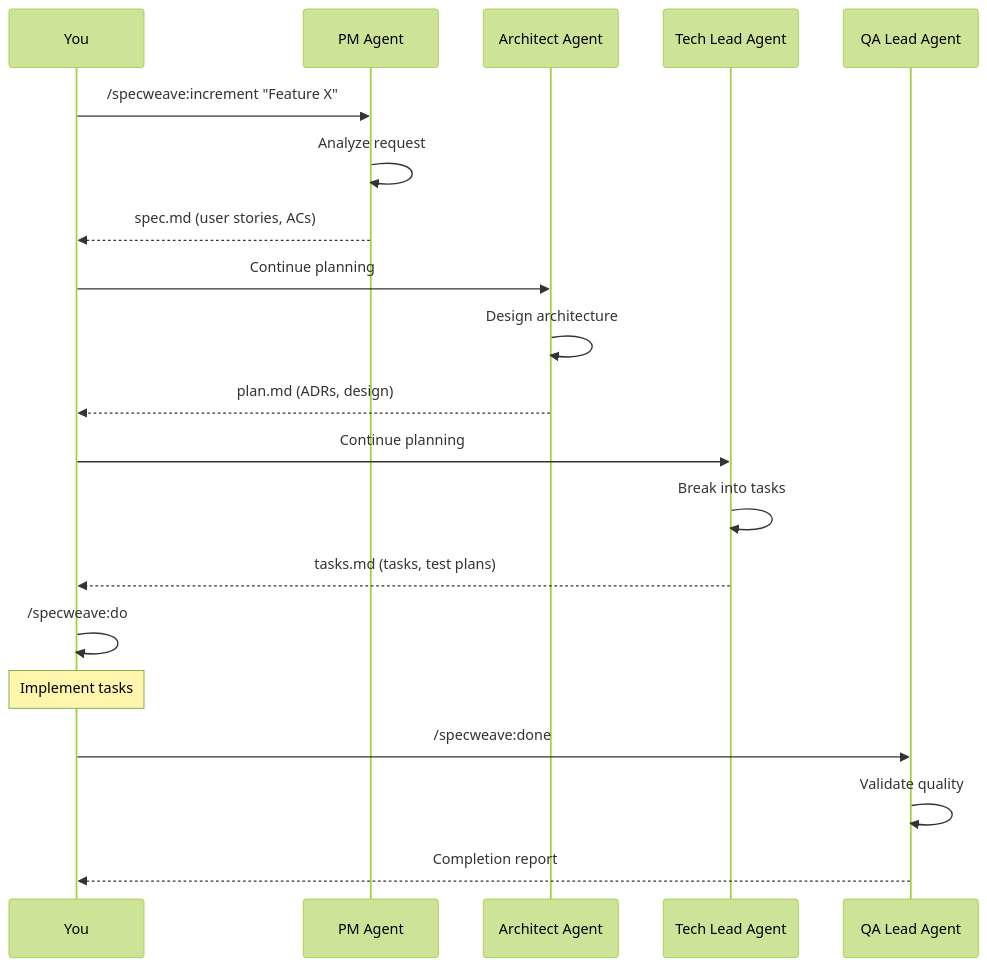
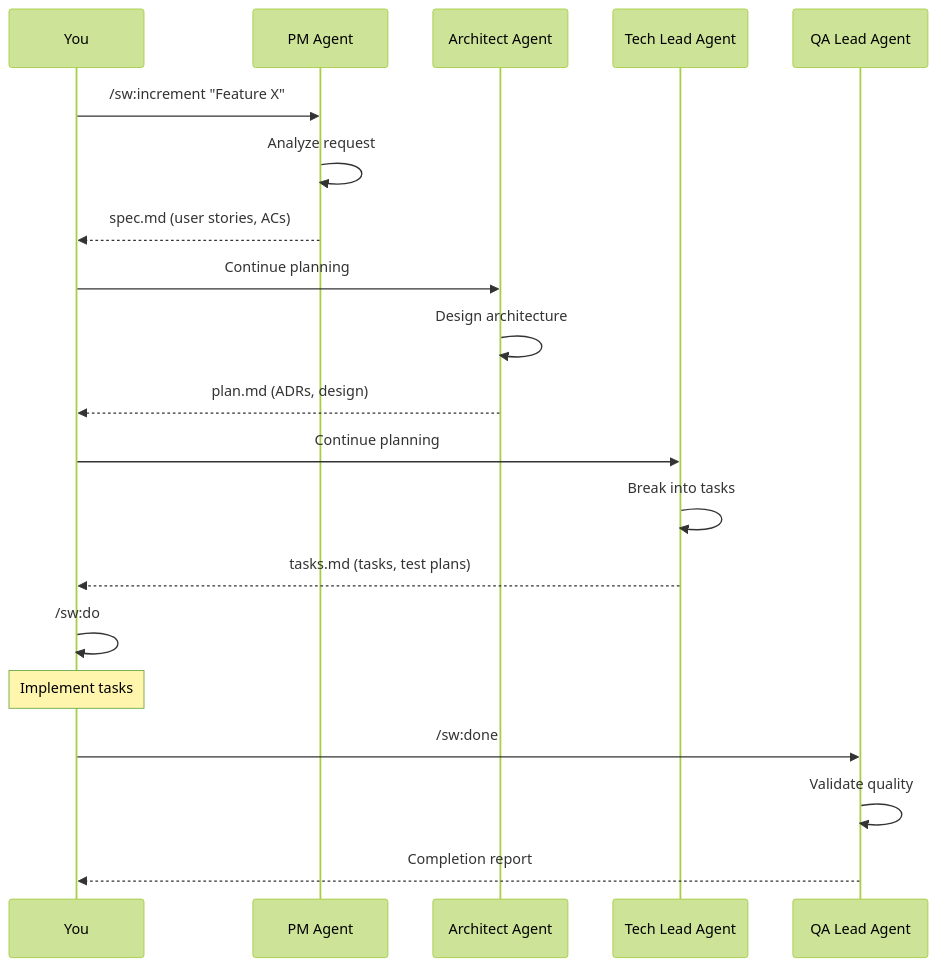
Before and after one commit to anton-abyzov/specweave: the third of 3 diagrams in docs-site/docs/academy/part-2-first-application/06-specweave-intro/01-what-is-specweave.md, drawn with Mermaid (forest theme). The commit also changed other lines of this file and 505 other files, not shown here.

````diff
--- a/docs-site/docs/academy/part-2-first-application/06-specweave-intro/01-what-is-specweave.md
+++ b/docs-site/docs/academy/part-2-first-application/06-specweave-intro/01-what-is-specweave.md
@@ -224,27 +224,27 @@
 ```mermaid
 sequenceDiagram
     participant You
     participant PM as PM Agent
     participant Arch as Architect Agent
     participant TL as Tech Lead Agent
     participant QA as QA Lead Agent
 
-    You->>PM: /specweave:increment "Feature X"
+    You->>PM: /sw:increment "Feature X"
     PM->>PM: Analyze request
     PM-->>You: spec.md (user stories, ACs)
 
     You->>Arch: Continue planning
     Arch->>Arch: Design architecture
     Arch-->>You: plan.md (ADRs, design)
 
     You->>TL: Continue planning
     TL->>TL: Break into tasks
     TL-->>You: tasks.md (tasks, test plans)
 
-    You->>You: /specweave:do
+    You->>You: /sw:do
     Note over You: Implement tasks
 
-    You->>QA: /specweave:done
+    You->>QA: /sw:done
     QA->>QA: Validate quality
     QA-->>You: Completion report
 ```
````
